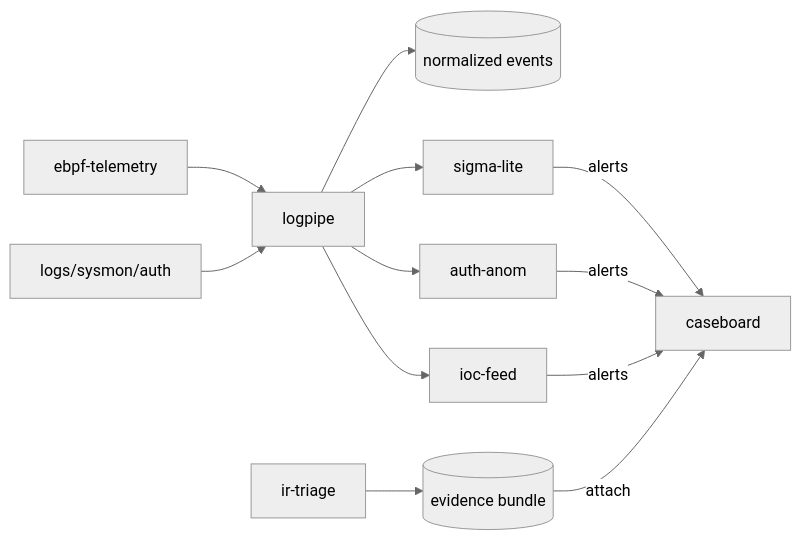
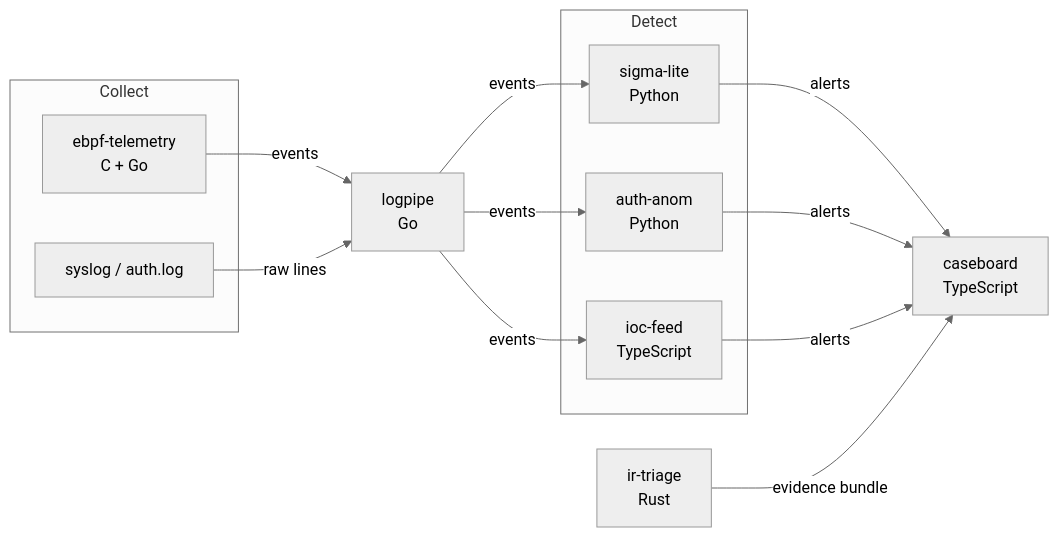
Before and after one commit to marteinnlundi/blue-team-portfolio: the diagram in README.md, drawn with Mermaid (neutral theme). The commit also changed other lines of this file and 133 other files, not shown here.

````diff
--- a/README.md
+++ b/README.md
@@ -21,40 +41,28 @@
 ```mermaid
 flowchart LR
-  %% Sources
-  eBPF[ebpf-telemetry]
-  Logs[logs/sysmon/auth]
+  subgraph Collect
+    EBPF[ebpf-telemetry<br/>C + Go]
+    LOGS[syslog / auth.log]
+  end
 
-  %% Pipeline + outputs
-  Logpipe[logpipe]
-  Norm[(normalized events)]
+  LOGPIPE[logpipe<br/>Go]
 
-  %% Detections + case mgmt
-  Sigma[sigma-lite]
-  Auth[auth-anom]
-  IOC[ioc-feed]
-  Case[caseboard]
+  subgraph Detect
+    SIGMA[sigma-lite<br/>Python]
+    AUTH[auth-anom<br/>Python]
+    IOC[ioc-feed<br/>TypeScript]
+  end
 
-  %% IR workflow
-  IR[ir-triage]
-  Bundle[(evidence bundle)]
+  CASE[caseboard<br/>TypeScript]
+  IR[ir-triage<br/>Rust]
 
-  %% Ingest
-  eBPF --> Logpipe
-  Logs --> Logpipe
-
-  %% Normalization output
-  Logpipe --> Norm
-
-  %% Fan-out detections
-  Logpipe --> Sigma
-  Logpipe --> Auth
-  Logpipe --> IOC
-
-  %% Alerts into caseboard
-  Sigma -->|alerts| Case
-  Auth -->|alerts| Case
-  IOC -->|alerts| Case
-
-  %% Evidence attachment path
-  IR --> Bundle -->|attach| Case
+  EBPF -->|events| LOGPIPE
+  LOGS -->|raw lines| LOGPIPE
+  LOGPIPE -->|events| SIGMA
+  LOGPIPE -->|events| AUTH
+  LOGPIPE -->|events| IOC
+  SIGMA -->|alerts| CASE
+  AUTH -->|alerts| CASE
+  IOC -->|alerts| CASE
+  IR -->|evidence bundle| CASE
 ```
````
